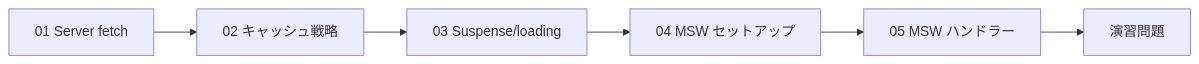
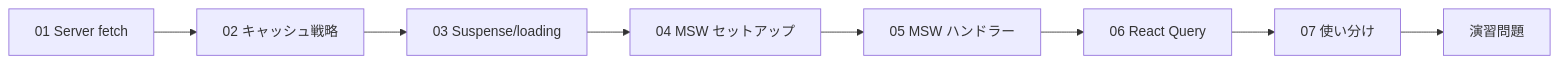
The first of 2 diagrams in docs/phase-05-data-fetching/README.md (lc-semba-ryuichiro/practice-next-ec), drawn with Mermaid before and after one commit. The commit also changed other lines of this file and 9 other files, not shown here.

````diff
--- a/docs/phase-05-data-fetching/README.md
+++ b/docs/phase-05-data-fetching/README.md
@@ -75,8 +79,10 @@
 ```mermaid
 graph LR
     A["01 Server fetch"] --> B["02 キャッシュ戦略"]
     B --> C["03 Suspense/loading"]
     C --> D["04 MSW セットアップ"]
     D --> E["05 MSW ハンドラー"]
-    E --> F["演習問題"]
+    E --> F["06 React Query"]
+    F --> G["07 使い分け"]
+    G --> H["演習問題"]
 ```
````
